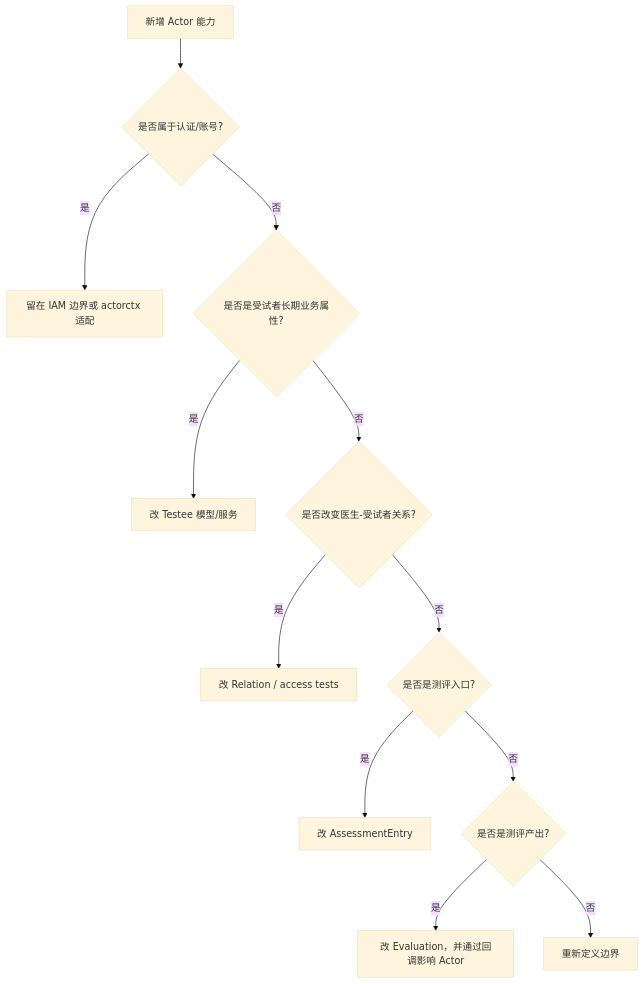
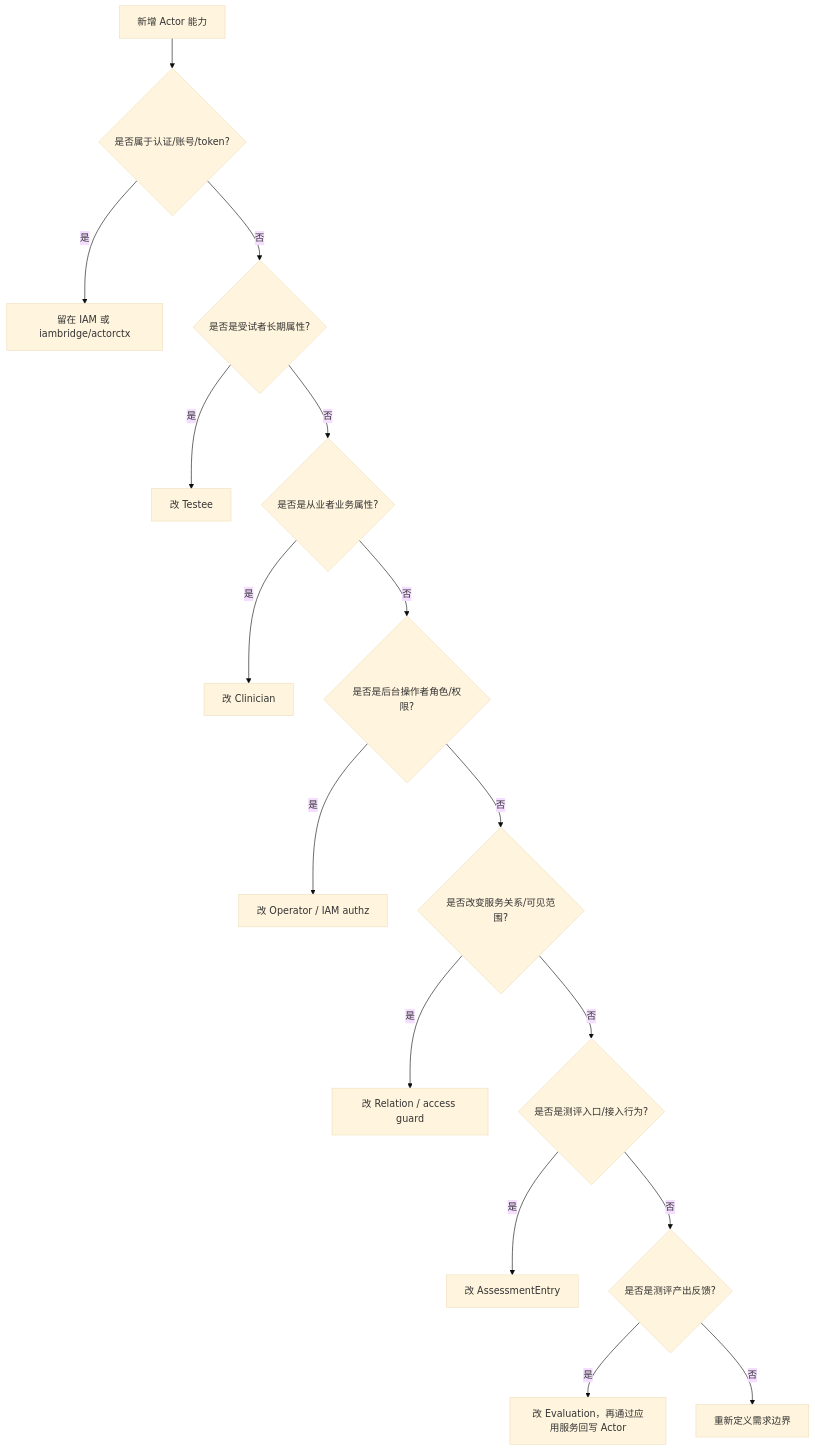
One commit to FangcunMount/qs-server changed the diagram in docs/02-业务模块/actor/04-新增Actor能力SOP.md. Above: the diagram before and after it, drawn with Mermaid (base theme). The commit also changed other lines of this file and 5 other files, not shown here.

````diff
--- a/docs/02-业务模块/actor/04-新增Actor能力SOP.md
+++ b/docs/02-业务模块/actor/04-新增Actor能力SOP.md
@@ -41,14 +30,18 @@
 ```mermaid
 flowchart TD
-    start["新增 Actor 能力"] --> iam{"是否属于认证/账号?"}
-    iam -- 是 --> iamdoc["留在 IAM 边界或 actorctx 适配"]
-    iam -- 否 --> testee{"是否是受试者长期业务属性?"}
-    testee -- 是 --> testeeModel["改 Testee 模型/服务"]
-    testee -- 否 --> relation{"是否改变医生-受试者关系?"}
-    relation -- 是 --> relationModel["改 Relation / access tests"]
-    relation -- 否 --> entry{"是否是测评入口?"}
+    start["新增 Actor 能力"] --> iam{"是否属于认证/账号/token?"}
+    iam -- 是 --> iamdoc["留在 IAM 或 iambridge/actorctx"]
+    iam -- 否 --> testee{"是否是受试者长期属性?"}
+    testee -- 是 --> testeeModel["改 Testee"]
+    testee -- 否 --> clinician{"是否是从业者业务属性?"}
+    clinician -- 是 --> clinicianModel["改 Clinician"]
+    clinician -- 否 --> operator{"是否是后台操作者角色/权限?"}
+    operator -- 是 --> operatorModel["改 Operator / IAM authz"]
+    operator -- 否 --> relation{"是否改变服务关系/可见范围?"}
+    relation -- 是 --> relationModel["改 Relation / access guard"]
+    relation -- 否 --> entry{"是否是测评入口/接入行为?"}
     entry -- 是 --> entryModel["改 AssessmentEntry"]
-    entry -- 否 --> eval{"是否是测评产出?"}
-    eval -- 是 --> evalModel["改 Evaluation，并通过回调影响 Actor"]
-    eval -- 否 --> review["重新定义边界"]
+    entry -- 否 --> eval{"是否是测评产出反馈?"}
+    eval -- 是 --> evalModel["改 Evaluation，再通过应用服务回写 Actor"]
+    eval -- 否 --> review["重新定义需求边界"]
 ```
````
